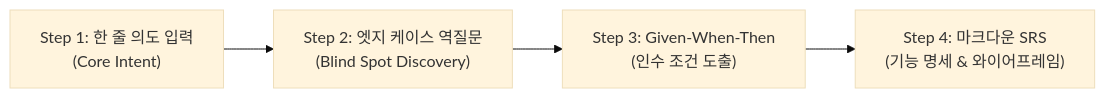
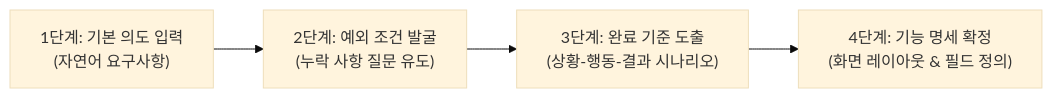
Before and after one commit to DramaticCollaboration/doc.github.io: the diagram in ko/agile/ai-sdlc-01-requirements.md, drawn with Mermaid (base theme). The commit also changed other lines of this file and 8 other files, not shown here.

````diff
--- a/ko/agile/ai-sdlc-01-requirements.md
+++ b/ko/agile/ai-sdlc-01-requirements.md
@@ -49,6 +49,6 @@
 ```mermaid
 flowchart LR
-    S1["Step 1: 한 줄 의도 입력<br/>(Core Intent)"] --> S2["Step 2: 엣지 케이스 역질문<br/>(Blind Spot Discovery)"]
-    S2 --> S3["Step 3: Given-When-Then<br/>(인수 조건 도출)"]
-    S3 --> S4["Step 4: 마크다운 SRS<br/>(기능 명세 & 와이어프레임)"]
+    S1["1단계: 기본 의도 입력<br/>(자연어 요구사항)"] --> S2["2단계: 예외 조건 발굴<br/>(누락 사항 질문 유도)"]
+    S2 --> S3["3단계: 완료 기준 도출<br/>(상황-행동-결과 시나리오)"]
+    S3 --> S4["4단계: 기능 명세 확정<br/>(화면 레이아웃 & 필드 정의)"]
 ```
````
